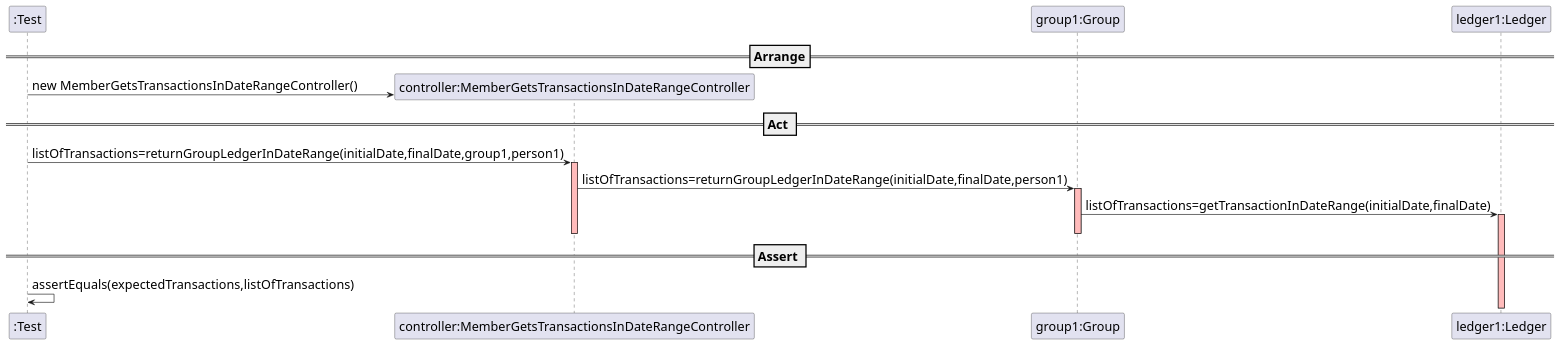
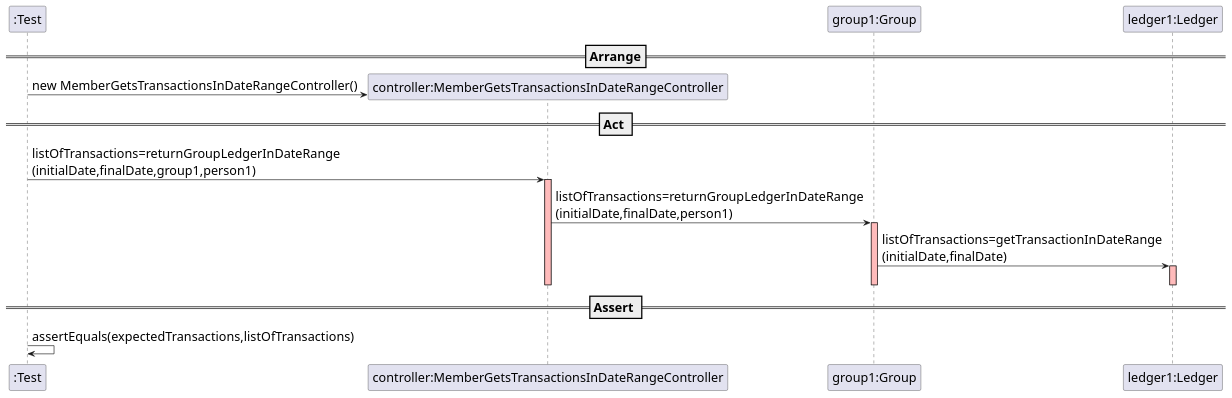
One commit to mleitaoribeiro/DevOpsMaven changed the diagram in docs/SequenceDiagram - US012.puml. Above: the diagram before and after it, drawn with PlantUML. The commit also changed 3 other files, not shown here.

```diff
--- a/docs/SequenceDiagram - US012.puml
+++ b/docs/SequenceDiagram - US012.puml
@@ -1,35 +1,34 @@
 @startuml
 skinparam DefaultFontSize 20
 
 create ":Test"
 
 
 
 ==Arrange==
 create "controller:MemberGetsTransactionsInDateRangeController"
 ":Test" -> "controller:MemberGetsTransactionsInDateRangeController" : new MemberGetsTransactionsInDateRangeController()
 participant "group1:Group"
 participant "ledger1:Ledger"
 
 
 == Act ==
 
-":Test" -> "controller:MemberGetsTransactionsInDateRangeController" : listOfTransactions=returnGroupLedgerInDateRange(initialDate,finalDate,group1,person1)
+":Test" -> "controller:MemberGetsTransactionsInDateRangeController" : listOfTransactions=returnGroupLedgerInDateRange\n(initialDate,finalDate,group1,person1)
 activate "controller:MemberGetsTransactionsInDateRangeController"  #FFBBBB
 
-"controller:MemberGetsTransactionsInDateRangeController" -> "group1:Group" : listOfTransactions=returnGroupLedgerInDateRange(initialDate,finalDate,person1)
+"controller:MemberGetsTransactionsInDateRangeController" -> "group1:Group" : listOfTransactions=returnGroupLedgerInDateRange\n(initialDate,finalDate,person1)
 activate "group1:Group"  #FFBBBB
 
-"group1:Group" -> "ledger1:Ledger" : listOfTransactions=getTransactionInDateRange(initialDate,finalDate)
+"group1:Group" -> "ledger1:Ledger" : listOfTransactions=getTransactionInDateRange\n(initialDate,finalDate)
 activate "ledger1:Ledger"  #FFBBBB
 
-
-
+deactivate "ledger1:Ledger"  #FFBBBB
 deactivate "group1:Group"  #FFBBBB
 deactivate "controller:MemberGetsTransactionsInDateRangeController"  #FFBBBB
 
 == Assert ==
 
 ":Test" -> ":Test" : assertEquals(expectedTransactions,listOfTransactions)
 
 @enduml
```
